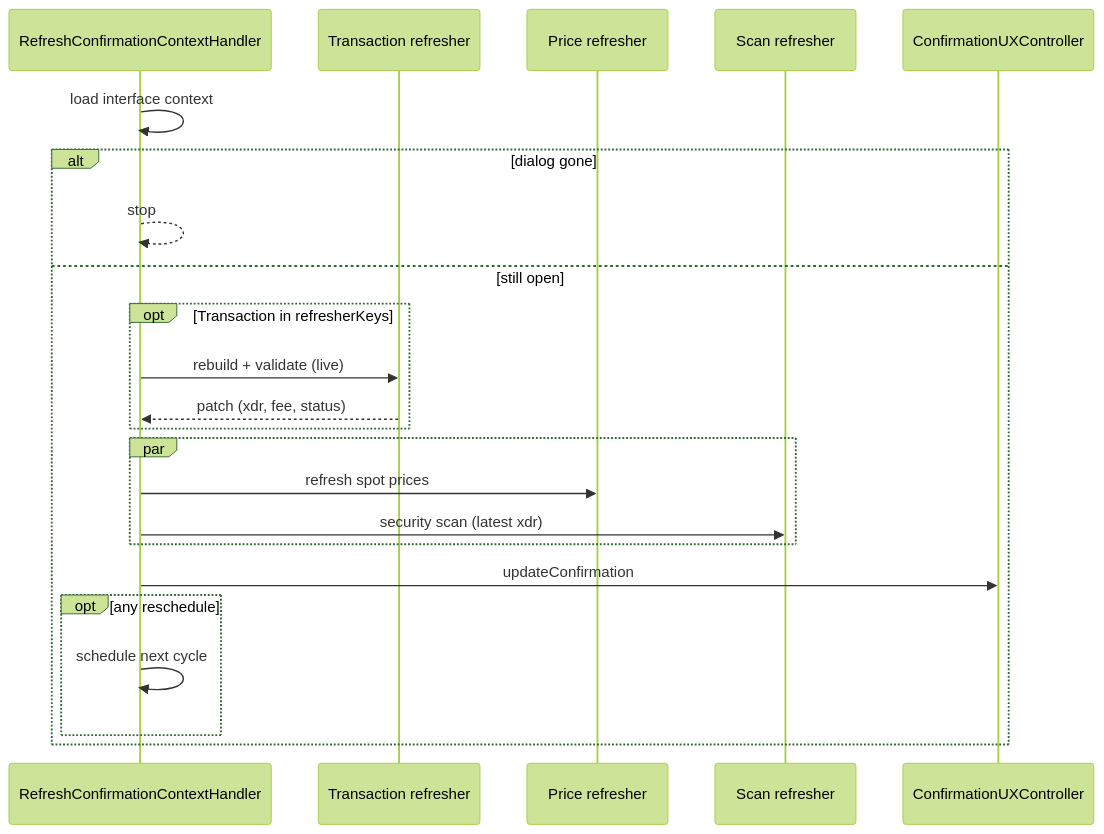
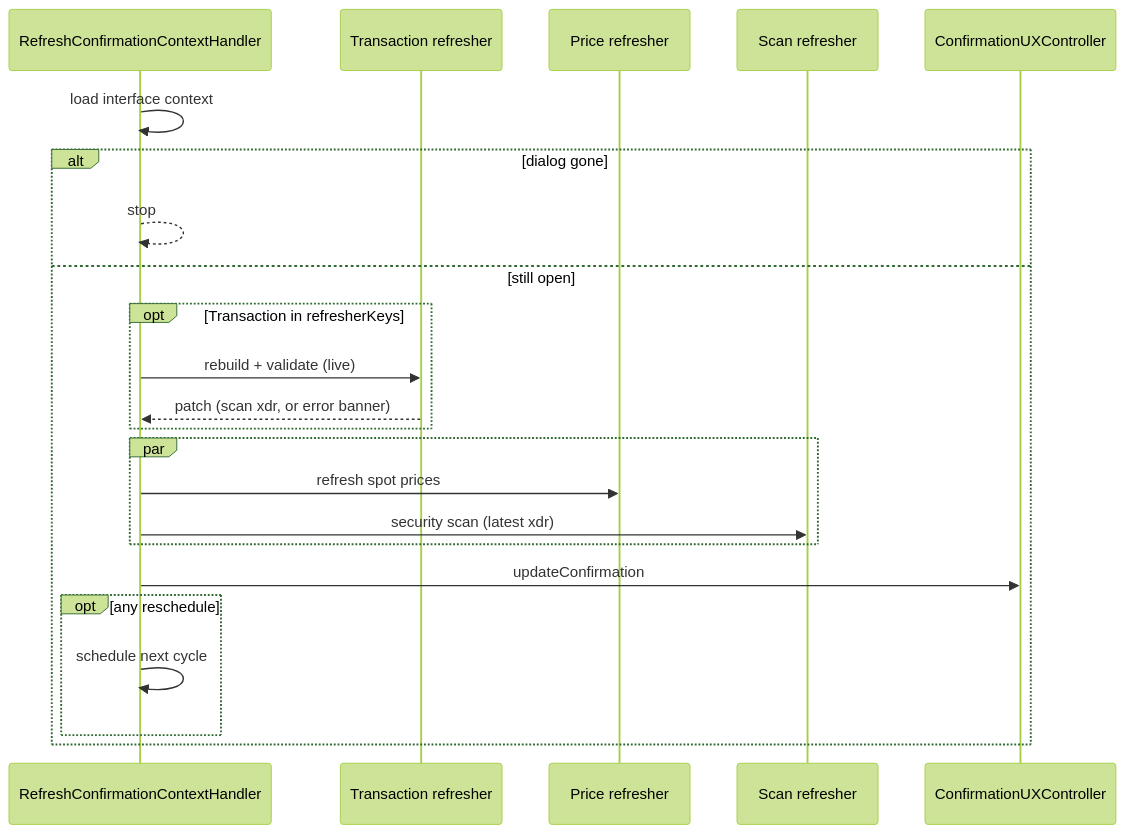
The diagram in packages/stellar-wallet-snap/docs/use-cases/cron-job/refreshConfirmationContext.md (MetaMask/internal-snaps), drawn with Mermaid (forest theme) before and after one commit. The commit also changed other lines of this file and 7 other files, not shown here.

````diff
--- a/packages/stellar-wallet-snap/docs/use-cases/cron-job/refreshConfirmationContext.md
+++ b/packages/stellar-wallet-snap/docs/use-cases/cron-job/refreshConfirmationContext.md
@@ -61,26 +59,26 @@
 ```mermaid
 sequenceDiagram
   participant Cron as RefreshConfirmationContextHandler
   participant TxR as Transaction refresher
   participant Price as Price refresher
   participant Scan as Scan refresher
   participant UI as ConfirmationUXController
 
   Cron->>Cron: load interface context
   alt dialog gone
     Cron-->>Cron: stop
   else still open
     opt Transaction in refresherKeys
       Cron->>TxR: rebuild + validate (live)
-      TxR-->>Cron: patch (xdr, fee, status)
+      TxR-->>Cron: patch (scan xdr, or error banner)
     end
     par
       Cron->>Price: refresh spot prices
       Cron->>Scan: security scan (latest xdr)
     end
     Cron->>UI: updateConfirmation
     opt any reschedule
       Cron->>Cron: schedule next cycle
     end
   end
 ```
````
